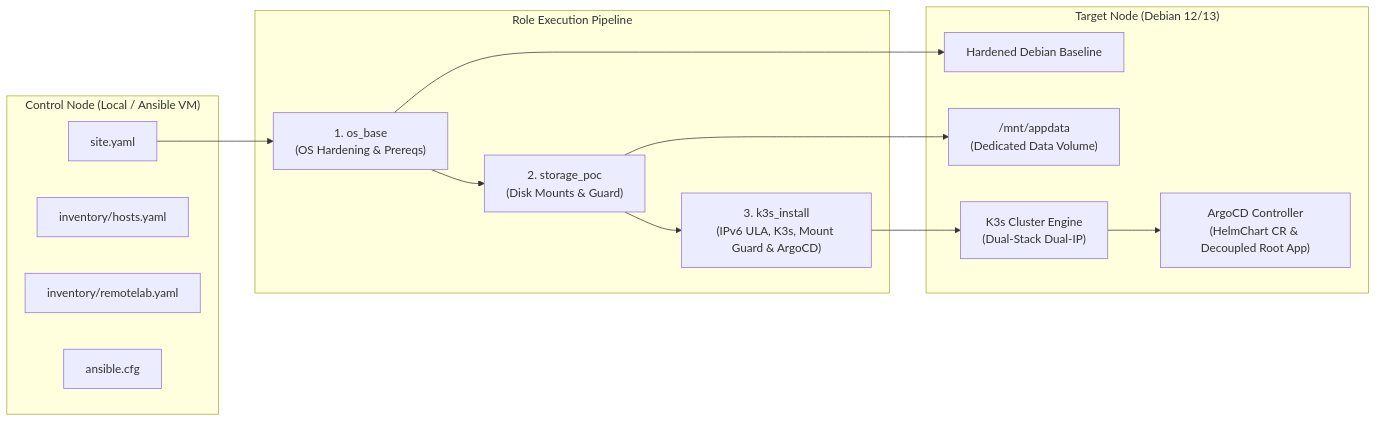
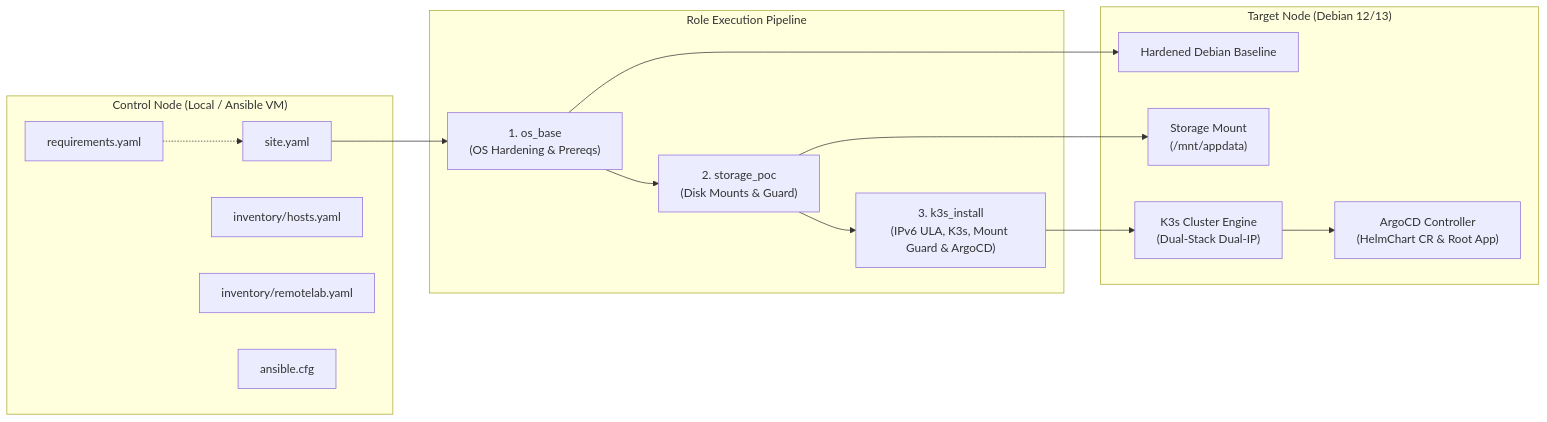
One commit to atrisko/k3s-homelab-migration changed the diagram in docs/ansible.md. Above: the diagram before and after it, drawn with Mermaid. The commit also changed other lines of this file, not shown here.

````diff
--- a/docs/ansible.md
+++ b/docs/ansible.md
@@ -11,28 +11,30 @@
 ```mermaid
 flowchart LR
     subgraph ControlNode ["Control Node (Local / Ansible VM)"]
+        Req["requirements.yaml"]
         Site["site.yaml"]
         InvAWS["inventory/hosts.yaml"]
         InvLab["inventory/remotelab.yaml"]
         Cfg["ansible.cfg"]
     end
 
     subgraph Pipeline ["Role Execution Pipeline"]
         R1["1. os_base<br/>(OS Hardening & Prereqs)"]
         R2["2. storage_poc<br/>(Disk Mounts & Guard)"]
         R3["3. k3s_install<br/>(IPv6 ULA, K3s, Mount Guard & ArgoCD)"]
     end
 
     subgraph TargetNode ["Target Node (Debian 12/13)"]
         Base["Hardened Debian Baseline"]
-        DataVol["/mnt/appdata<br/>(Dedicated Data Volume)"]
+        DataVol["Storage Mount<br/>(/mnt/appdata)"]
         K3s["K3s Cluster Engine<br/>(Dual-Stack Dual-IP)"]
-        Argo["ArgoCD Controller<br/>(HelmChart CR & Decoupled Root App)"]
+        Argo["ArgoCD Controller<br/>(HelmChart CR & Root App)"]
     end
 
+    Req -.-> Site
     Site --> R1 --> R2 --> R3
     R1 --> Base
     R2 --> DataVol
     R3 --> K3s
     K3s --> Argo
 ```
````
